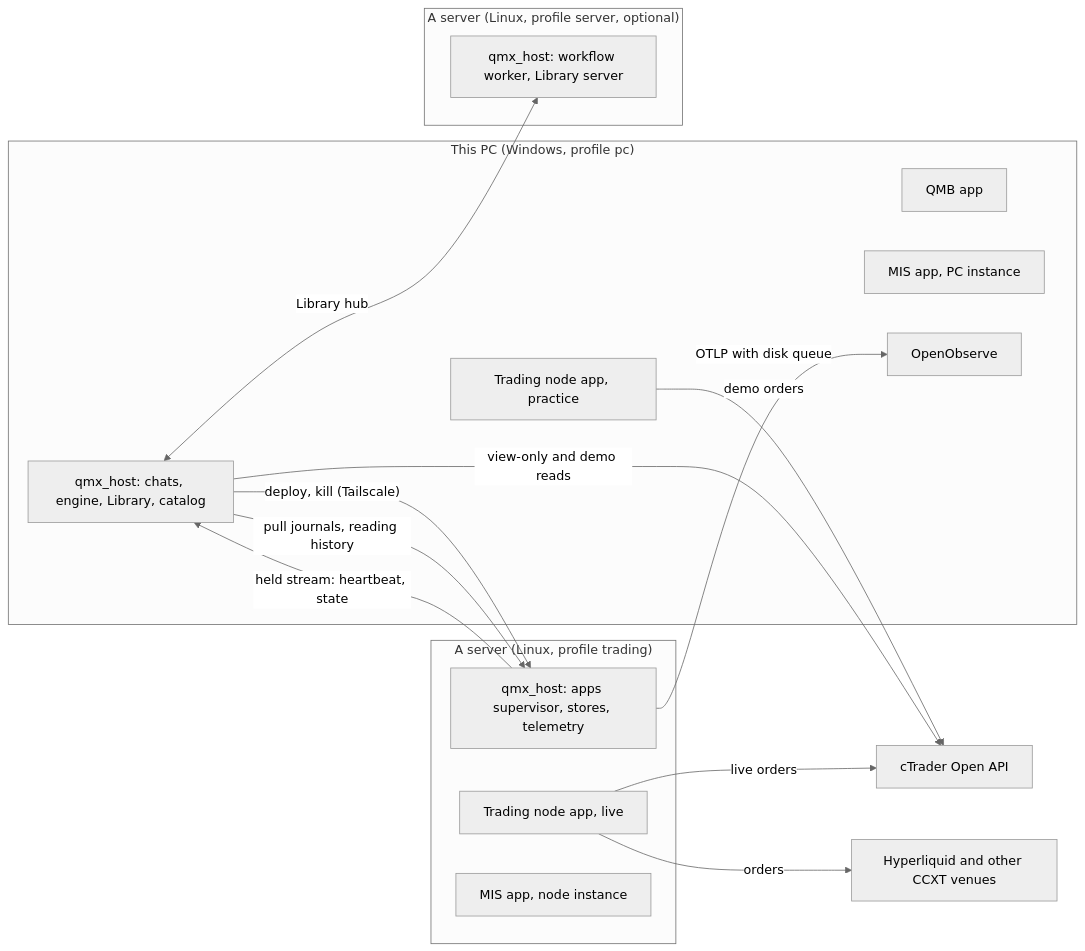
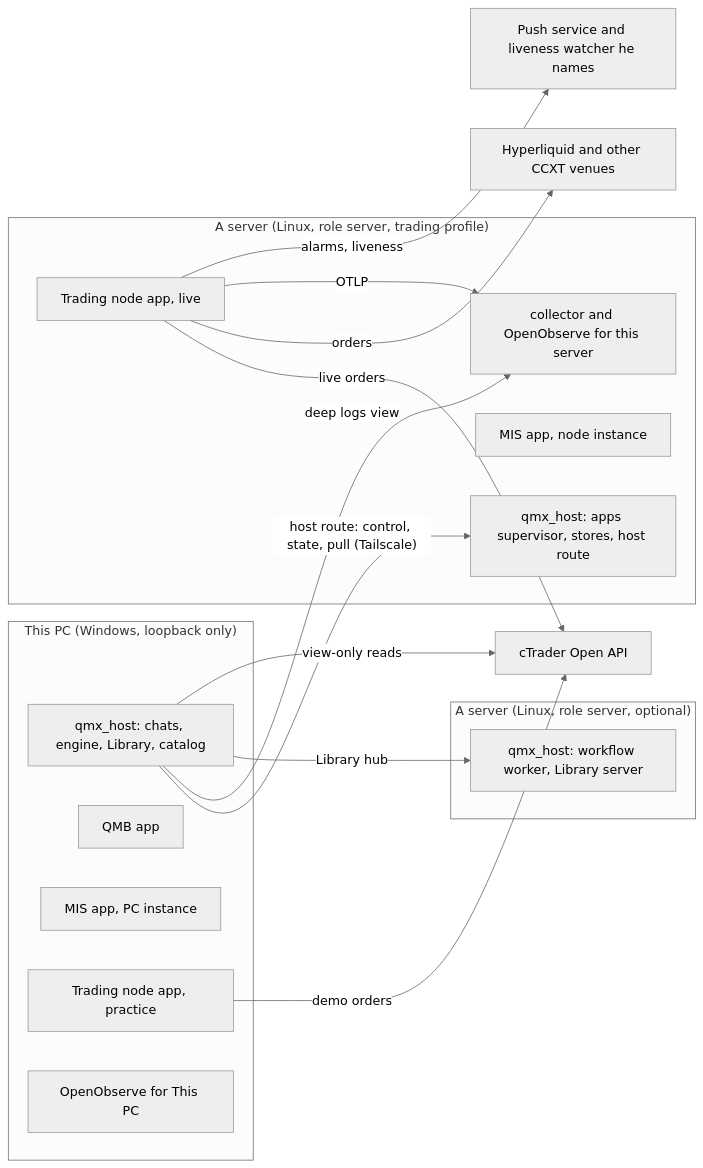
One commit to mubarakhimself-byte/QMX changed the second of 2 diagrams in tracker/risk-sizing/architecture/level-0/ARCHITECTURE-SPINE.md. Above: the diagram before and after it, drawn with Mermaid (neutral theme). The commit also changed other lines of this file and 5 other files, not shown here.

````diff
--- a/tracker/risk-sizing/architecture/level-0/ARCHITECTURE-SPINE.md
+++ b/tracker/risk-sizing/architecture/level-0/ARCHITECTURE-SPINE.md
@@ -572,29 +616,31 @@
 ```mermaid
 flowchart LR
-  subgraph PC["This PC (Windows, profile pc)"]
+  subgraph PC["This PC (Windows, loopback only)"]
     PCH["qmx_host: chats, engine, Library, catalog"]
     PCQMB["QMB app"]
     PCMIS["MIS app, PC instance"]
     PCNODE["Trading node app, practice"]
-    PCO2["OpenObserve"]
+    PCO2["OpenObserve for This PC"]
   end
-  subgraph TS["A server (Linux, profile trading)"]
-    TSH["qmx_host: apps supervisor, stores, telemetry"]
+  subgraph TS["A server (Linux, role server, trading profile)"]
+    TSH["qmx_host: apps supervisor, stores, host route"]
     TSNODE["Trading node app, live"]
     TSMIS["MIS app, node instance"]
+    TSO2["collector and OpenObserve for this server"]
   end
-  subgraph QS["A server (Linux, profile server, optional)"]
+  subgraph QS["A server (Linux, role server, optional)"]
     QSH["qmx_host: workflow worker, Library server"]
   end
   CT["cTrader Open API"]
   HL["Hyperliquid and other CCXT venues"]
+  PUSH["Push service and liveness watcher he names"]
   PCNODE -->|"demo orders"| CT
   TSNODE -->|"live orders"| CT
   TSNODE -->|"orders"| HL
-  PCH -->|"deploy, kill (Tailscale)"| TSH
-  TSH -->|"held stream: heartbeat, state"| PCH
-  PCH -->|"pull journals, reading history"| TSH
-  TSH -->|"OTLP with disk queue"| PCO2
-  PCH <-->|"Library hub"| QSH
-  PCH -->|"view-only and demo reads"| CT
+  PCH -->|"host route: control, state, pull (Tailscale)"| TSH
+  PCH -->|"deep logs view"| TSO2
+  TSNODE -->|"OTLP"| TSO2
+  TSNODE -->|"alarms, liveness"| PUSH
+  PCH -->|"Library hub"| QSH
+  PCH -->|"view-only reads"| CT
 ```
````
